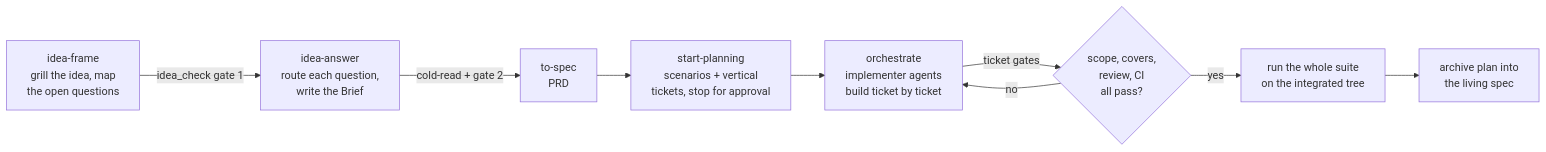
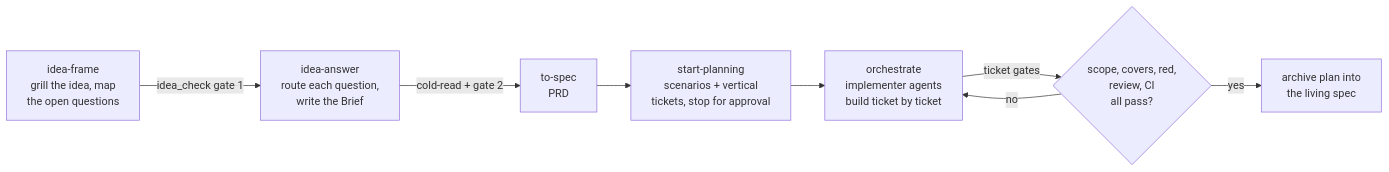
Before and after one commit to FBisca/agent-skills: the diagram in README.md, drawn with Mermaid. The commit also changed 4 other files, not shown here.

First line of the commit message:
refactor(skills): red-first evidence in the ticket report, acceptance on merged tickets, no gaps review

````diff
--- a/README.md
+++ b/README.md
@@ -11,11 +11,10 @@
 ```mermaid
 flowchart LR
     A["idea-frame<br/>grill the idea, map<br/>the open questions"] -->|idea_check gate 1| B["idea-answer<br/>route each question,<br/>write the Brief"]
     B -->|cold-read + gate 2| C["to-spec<br/>PRD"]
     C --> D["start-planning<br/>scenarios + vertical<br/>tickets, stop for approval"]
     D --> E["orchestrate<br/>implementer agents<br/>build ticket by ticket"]
-    E -->|ticket gates| F{"scope, covers,<br/>review, CI<br/>all pass?"}
+    E -->|ticket gates| F{"scope, covers, red,<br/>review, CI<br/>all pass?"}
     F -->|no| E
-    F -->|yes| H["run the whole suite<br/>on the integrated tree"]
-    H --> G["archive plan into<br/>the living spec"]
+    F -->|yes| G["archive plan into<br/>the living spec"]
 ```
````
